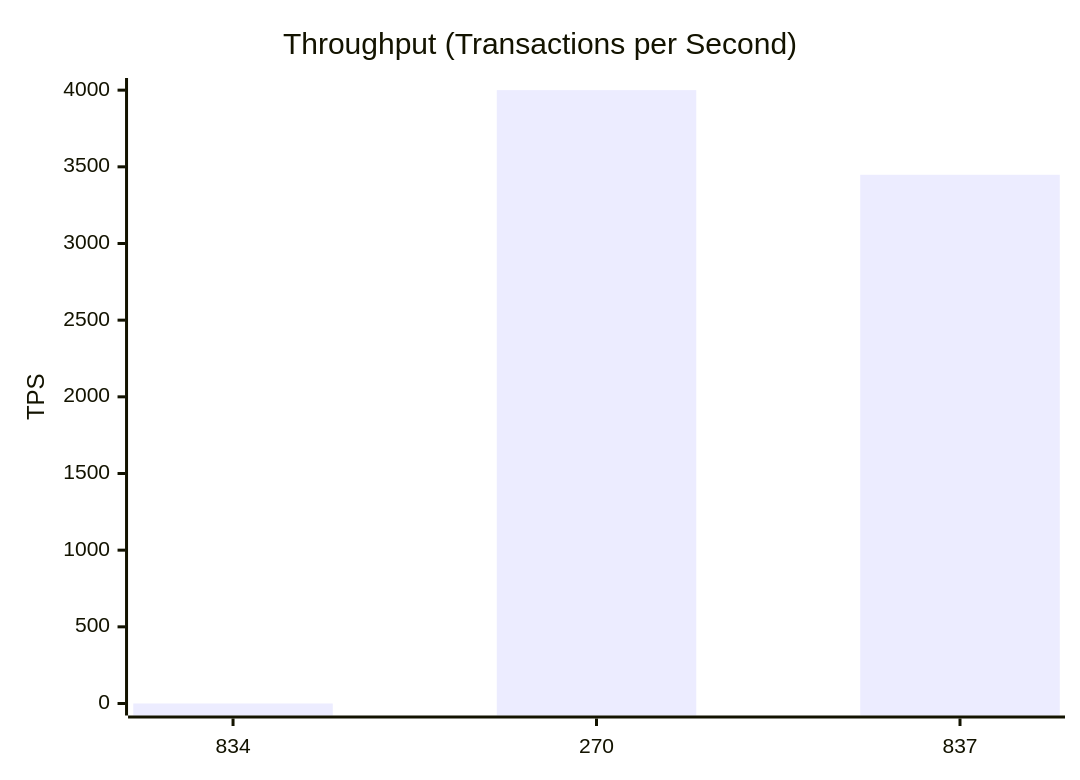
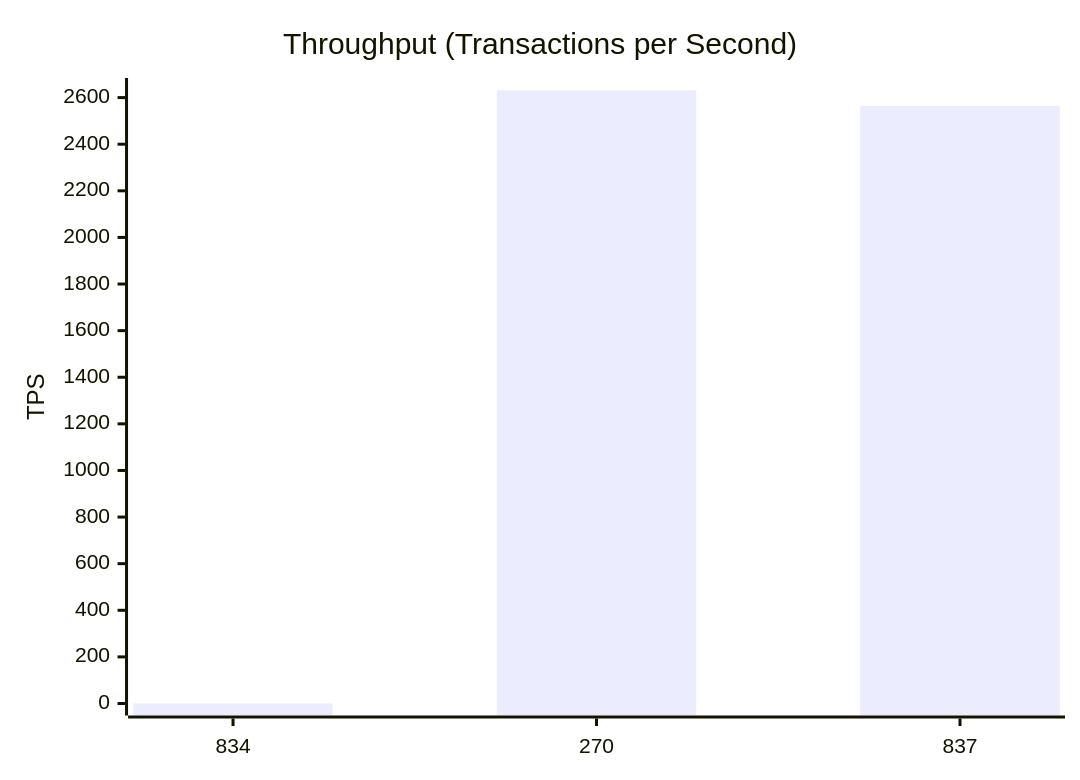
One commit to dhagan-va/intern-2025 changed the second of 10 diagrams in test-tools/DataGen/src/Statistics_Visualizer.md. Above: the diagram before and after it, drawn with Mermaid. The commit also changed other lines of this file and 2 other files, not shown here.

````diff
--- a/test-tools/DataGen/src/Statistics_Visualizer.md
+++ b/test-tools/DataGen/src/Statistics_Visualizer.md
@@ -28,7 +28,7 @@
 ```mermaid
 xychart-beta
     title "Throughput (Transactions per Second)"
     x-axis ["834", "270", "837"]
-    y-axis "TPS" 0 --> 4001.0
-    bar [0.0, 4000.0, 3448.275862068965]
+    y-axis "TPS" 0 --> 2632.5789473684213
+    bar [0.0, 2631.5789473684213, 2564.102564102564]
 ```
````
